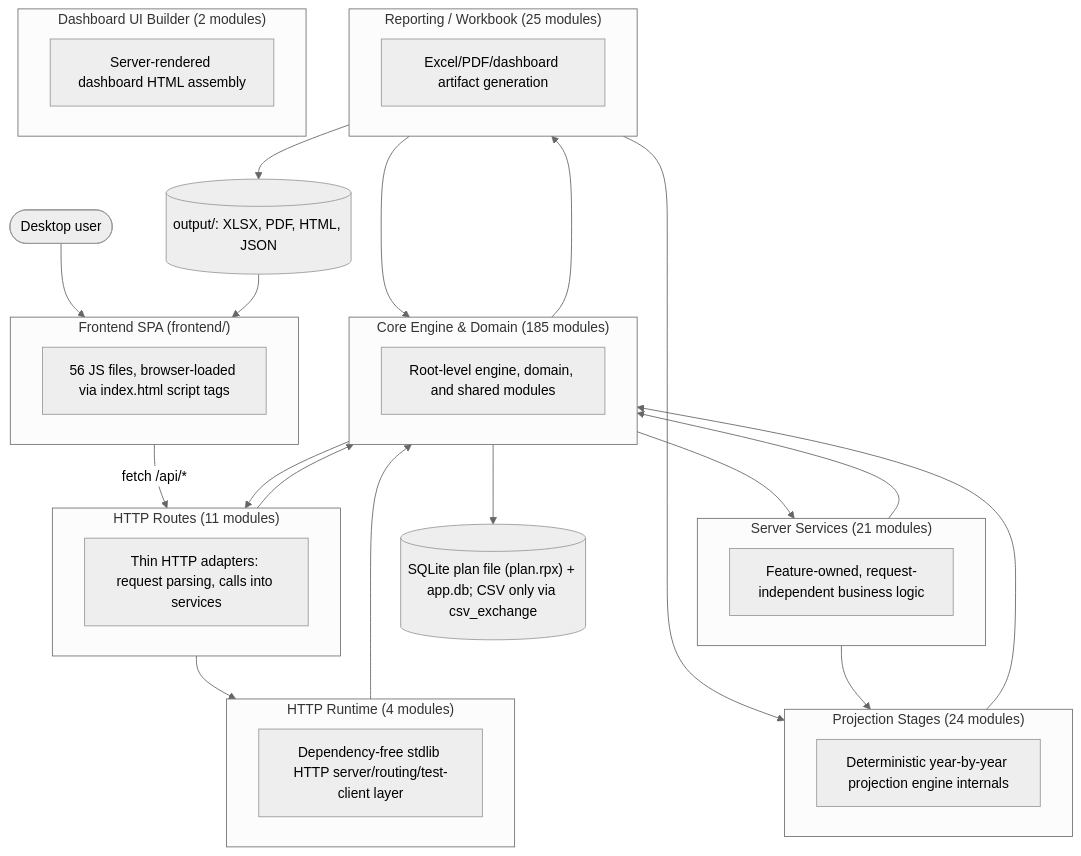
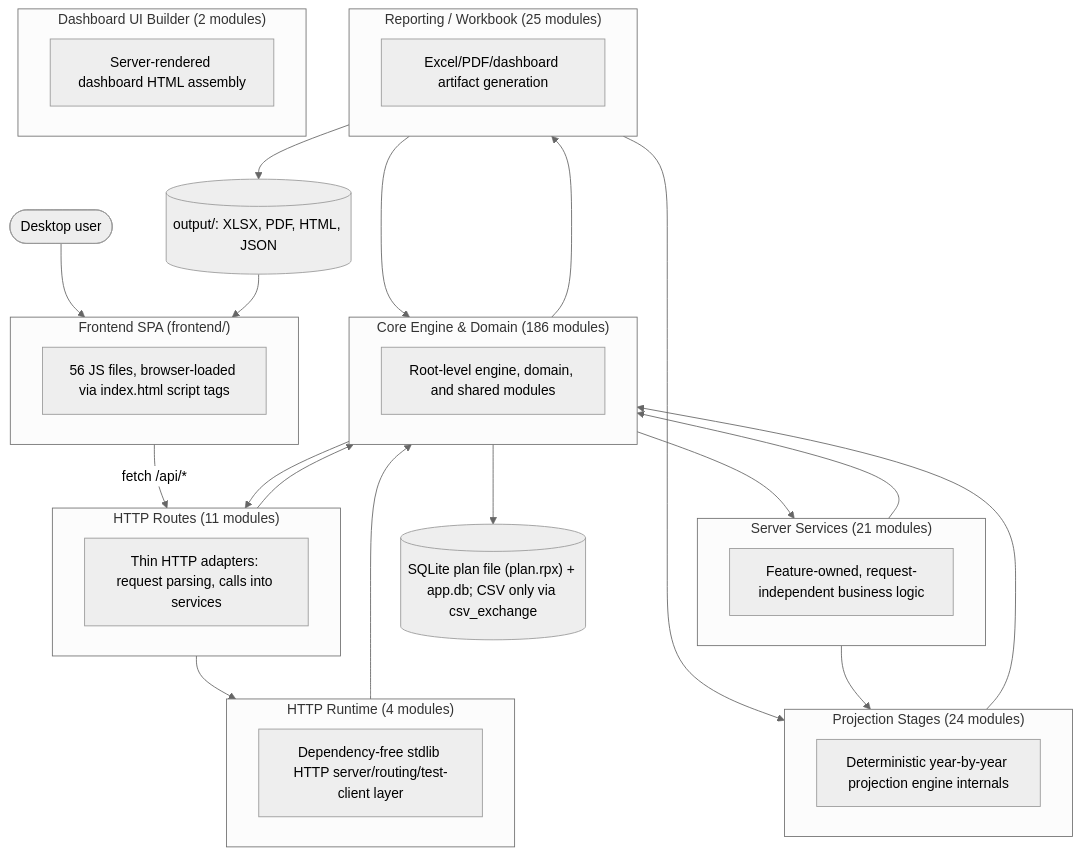
One commit to matthartzman/retirement_system changed the first of 2 diagrams in documentation/reference/SYSTEM_ARCHITECTURE_DIAGRAM.md. Above: the diagram before and after it, drawn with Mermaid (neutral theme). The commit also changed other lines of this file and 2 other files, not shown here.

````diff
--- a/documentation/reference/SYSTEM_ARCHITECTURE_DIAGRAM.md
+++ b/documentation/reference/SYSTEM_ARCHITECTURE_DIAGRAM.md
@@ -11,43 +11,43 @@
 ```mermaid
 flowchart TB
     User(["Desktop user"]) --> FE
     subgraph FE["Frontend SPA (frontend/)"]
         FEcount["56 JS files, browser-loaded via index.html script tags"]
     end
     FE -->|fetch /api/*| L_HTTP_Routes
     subgraph L_HTTP_Routes["HTTP Routes (11 modules)"]
         L_HTTP_Routes_d["Thin HTTP adapters: request parsing, calls into services"]
     end
     subgraph L_Server_Services["Server Services (21 modules)"]
         L_Server_Services_d["Feature-owned, request-independent business logic"]
     end
     subgraph L_HTTP_Runtime["HTTP Runtime (4 modules)"]
         L_HTTP_Runtime_d["Dependency-free stdlib HTTP server/routing/test-client layer"]
     end
-    subgraph L_Core_Engine___Domain["Core Engine & Domain (185 modules)"]
+    subgraph L_Core_Engine___Domain["Core Engine & Domain (186 modules)"]
         L_Core_Engine___Domain_d["Root-level engine, domain, and shared modules"]
     end
     subgraph L_Projection_Stages["Projection Stages (24 modules)"]
         L_Projection_Stages_d["Deterministic year-by-year projection engine internals"]
     end
     subgraph L_Reporting___Workbook["Reporting / Workbook (25 modules)"]
         L_Reporting___Workbook_d["Excel/PDF/dashboard artifact generation"]
     end
     subgraph L_Dashboard_UI_Builder["Dashboard UI Builder (2 modules)"]
         L_Dashboard_UI_Builder_d["Server-rendered dashboard HTML assembly"]
     end
     L_Core_Engine___Domain --> L_HTTP_Routes
     L_Core_Engine___Domain --> L_Reporting___Workbook
     L_Core_Engine___Domain --> L_Server_Services
     L_HTTP_Routes --> L_Core_Engine___Domain
     L_HTTP_Routes --> L_HTTP_Runtime
     L_HTTP_Runtime --> L_Core_Engine___Domain
     L_Projection_Stages --> L_Core_Engine___Domain
     L_Reporting___Workbook --> L_Core_Engine___Domain
     L_Reporting___Workbook --> L_Projection_Stages
     L_Server_Services --> L_Core_Engine___Domain
     L_Server_Services --> L_Projection_Stages
     L_Core_Engine___Domain --> DB[("SQLite plan file (plan.rpx) + app.db; CSV only via csv_exchange")]
     L_Reporting___Workbook --> Outputs[("output/: XLSX, PDF, HTML, JSON")]
     Outputs --> FE
 ```
````
